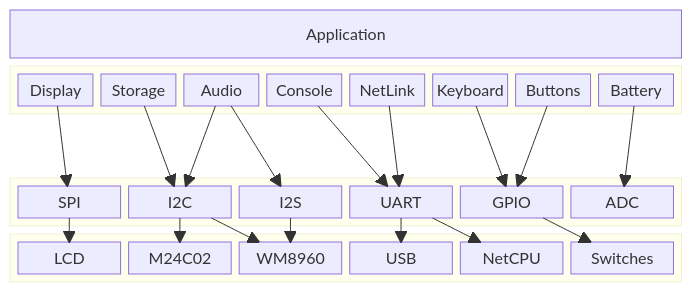
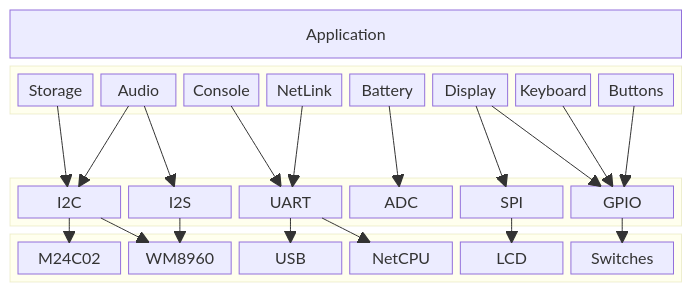
The sixth of 6 diagrams in Architecture.md (fluffy/bare-rust), drawn with Mermaid before and after one commit.

Commit message:
update Display to also use GPIO

````diff
--- a/Architecture.md
+++ b/Architecture.md
@@ -113,48 +113,49 @@
 ```mermaid
 block-beta
     columns 1
     Application
     block: BSP
-        Display
         Storage
         Audio
         Console
         NetLink
+        Battery
+        Display
         Keyboard
         Buttons
-        Battery
     end
     space
     block: HAL
-        SPI
         I2C
         I2S
         UART
+        ADC
+        SPI
         GPIO
-        ADC
     end
     block: Hardware
-        LCD
         M24C02
         WM8960
         USB
         NetCPU
+        LCD
         Switches
     end
     Keyboard --> GPIO
     Display --> SPI
+    Display --> GPIO
     Audio --> I2S
     Audio --> I2C
     Storage --> I2C
     Battery --> ADC
     Console --> UART
     Buttons --> GPIO
     NetLink --> UART
     SPI --> LCD
     UART --> NetCPU
     I2C --> WM8960
     I2S --> WM8960
     I2C --> M24C02
     GPIO --> Switches
     UART --> USB
 ```
````
